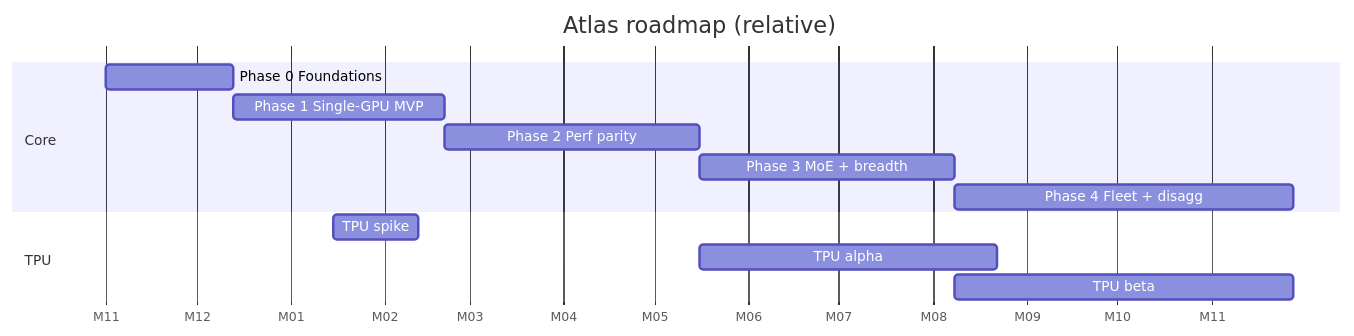
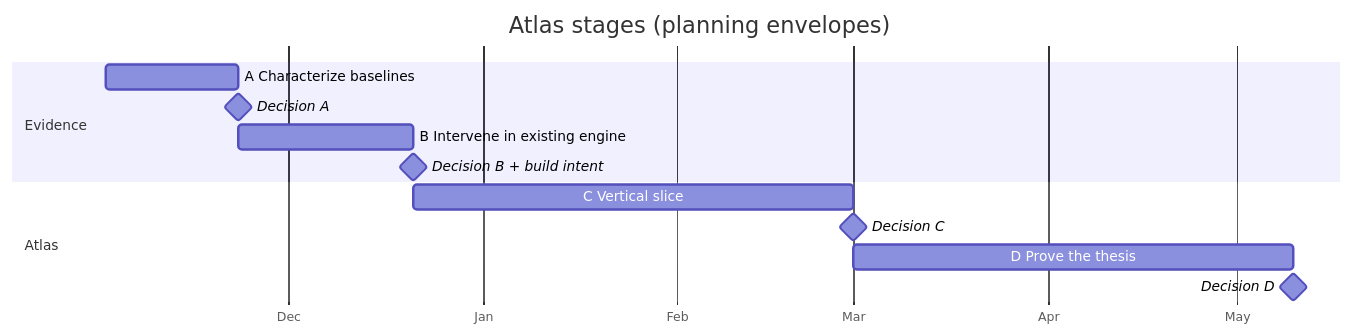
One commit to vpillai1017/Smriti changed the fourth of 4 diagrams in Atlas_ Rust LLM Inference Engine — Design Doc & Roadmap.md. Above: the diagram before and after it, drawn with Mermaid. The commit also changed other lines of this file, not shown here.

Commit message:
Update Atlas_ Rust LLM Inference Engine — Design Doc & Roadmap.md

````diff
--- a/Atlas_ Rust LLM Inference Engine — Design Doc & Roadmap.md
+++ b/Atlas_ Rust LLM Inference Engine — Design Doc & Roadmap.md
@@ -580,16 +999,31 @@
 ```mermaid
+
 gantt
+
     dateFormat  YYYY-MM-DD
-    axisFormat  M%m
-    title Atlas roadmap (relative)
-    section Core
-    Phase 0 Foundations          :p0, 2026-11-01, 6w
-    Phase 1 Single-GPU MVP       :p1, after p0, 10w
-    Phase 2 Perf parity          :p2, after p1, 12w
-    Phase 3 MoE + breadth        :p3, after p2, 12w
-    Phase 4 Fleet + disagg       :p4, after p3, 16w
-    section TPU
-    TPU spike                    :t0, 2027-01-15, 4w
-    TPU alpha                    :t1, after p2, 14w
-    TPU beta                     :t2, after p3, 16w
+
+    axisFormat  %b
+
+    title Atlas stages (planning envelopes)
+
+    section Evidence
+
+    A Characterize baselines       :a, 2026-11-02, 3w
+
+    Decision A                     :milestone, ma, after a, 0d
+
+    B Intervene in existing engine :b, after a, 4w
+
+    Decision B + build intent      :milestone, mb, after b, 0d
+
+    section Atlas
+
+    C Vertical slice               :c, after b, 10w
+
+    Decision C                     :milestone, mc, after c, 0d
+
+    D Prove the thesis             :d, after c, 10w
+
+    Decision D                     :milestone, md, after d, 0d
+
 ```
````
